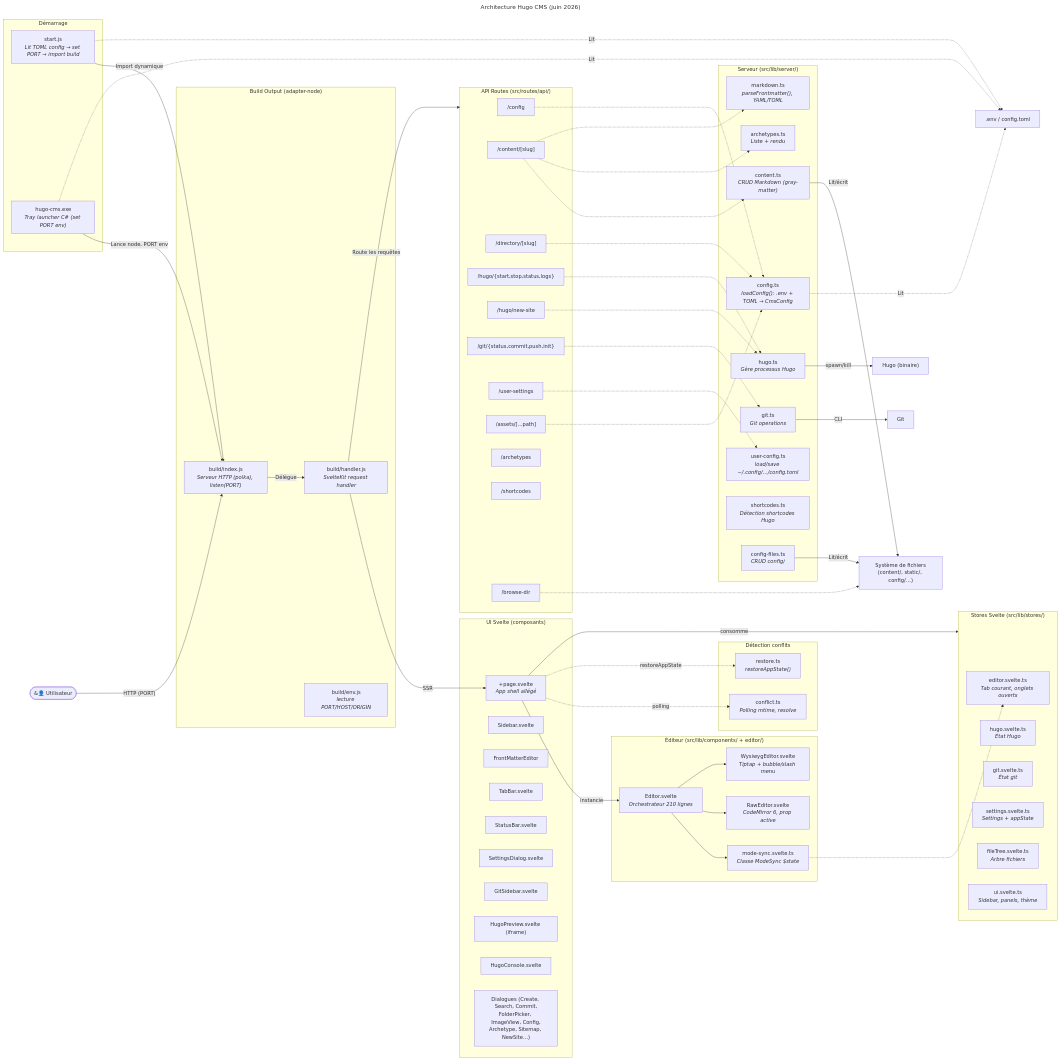
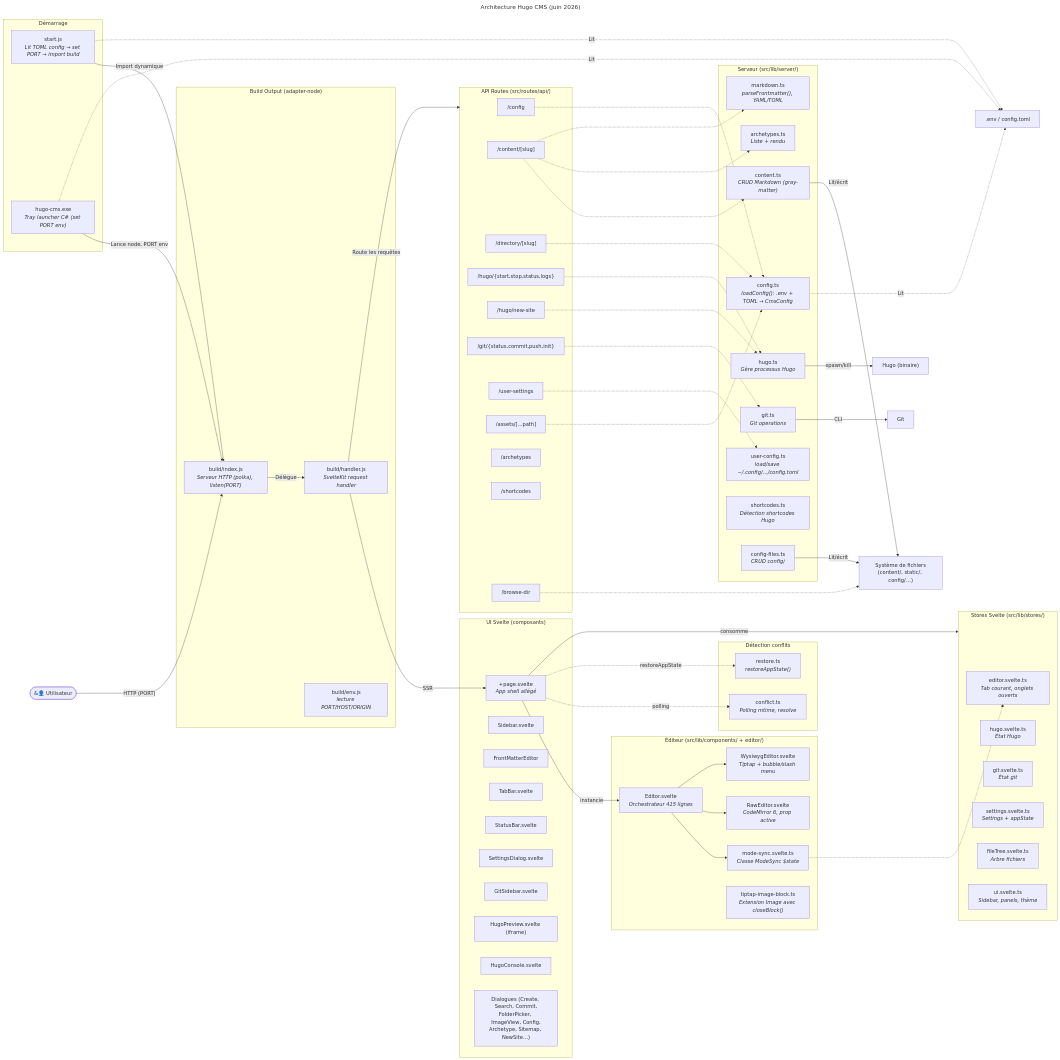
Before and after one commit to patricesos/hugo-cms: the first of 3 diagrams in ARCHITECTURE.md, drawn with Mermaid. The commit also changed other lines of this file and 4 other files, not shown here.

First line of the commit message:
docs: met a jour les diagrammes et la documentation d'architecture

```diff
--- a/ARCHITECTURE.md
+++ b/ARCHITECTURE.md
@@ -71,10 +71,11 @@
 
   %% === EDITOR ===
   subgraph editor["Éditeur (src/lib/components/ + editor/)"]
-    eorchest["Editor.svelte<br/><i>Orchestrateur 210 lignes</i>"]
+    eorchest["Editor.svelte<br/><i>Orchestrateur 415 lignes</i>"]
     raww["RawEditor.svelte<br/><i>CodeMirror 6, prop active</i>"]
     wysi["WysiwygEditor.svelte<br/><i>Tiptap + bubble/slash menu</i>"]
     msync["mode-sync.svelte.ts<br/><i>Classe ModeSync $state</i>"]
+    imgblock["tiptap-image-block.ts<br/><i>Extension Image avec closeBlock()</i>"]
   end
 
   %% === UI ===
```
